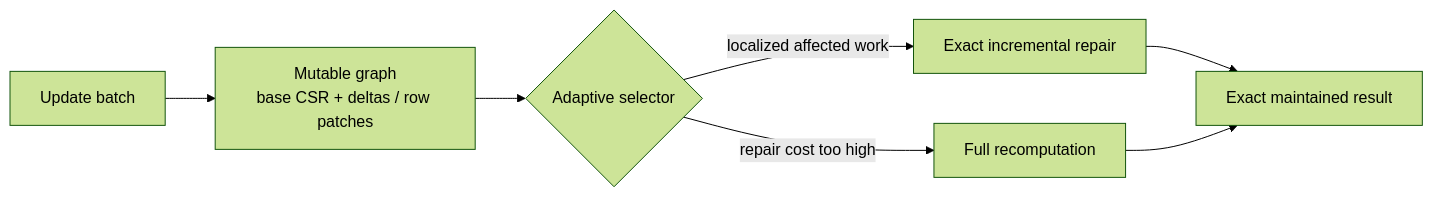
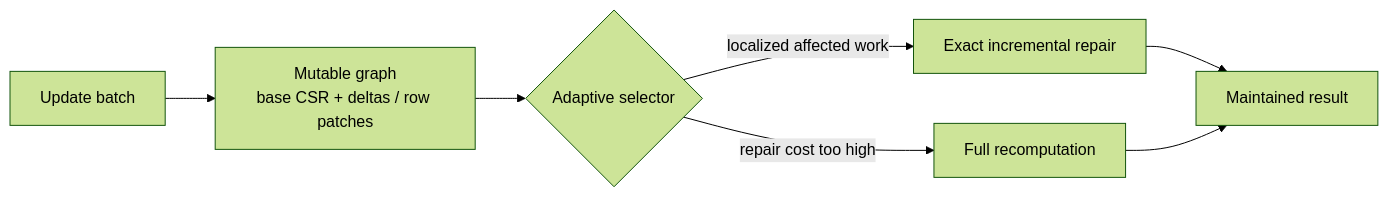
Before and after one commit to sauravsingla/VeloGraphX: the diagram in README.md, drawn with Mermaid (forest theme). The commit also changed other lines of this file, not shown here.

````diff
--- a/README.md
+++ b/README.md
@@ -93,9 +126,9 @@
 ```mermaid
 flowchart LR
     U[Update batch] --> G[Mutable graph\nbase CSR + deltas / row patches]
     G --> S{Adaptive selector}
     S -->|localized affected work| R[Exact incremental repair]
     S -->|repair cost too high| F[Full recomputation]
-    R --> E[Exact maintained result]
+    R --> E[Maintained result]
     F --> E
 ```
````
